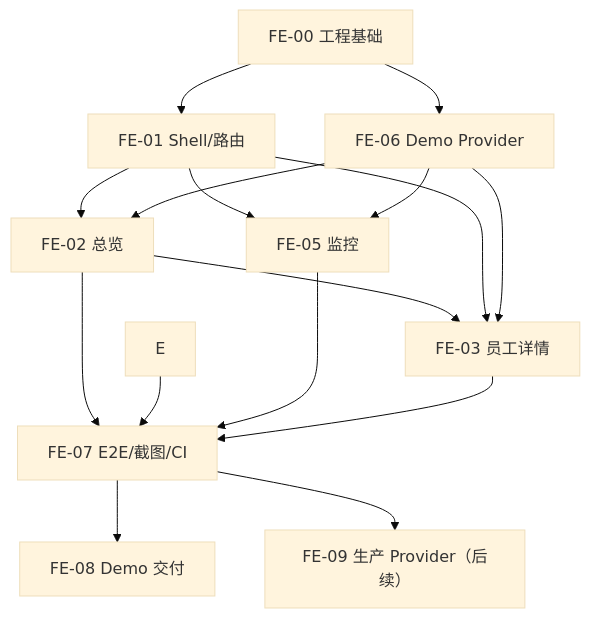
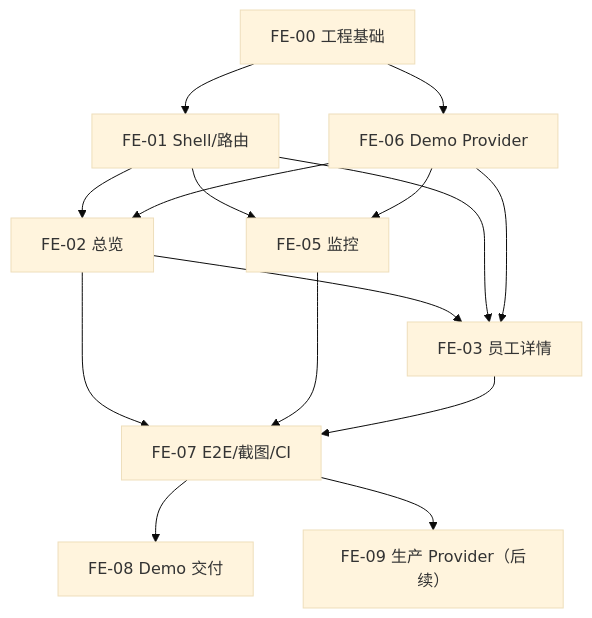
The diagram in docs/11-frontend-backlog.md (jackson-heylion/digital-workforce-dashboard), drawn with Mermaid (base theme) before and after one commit.

Commit message:
docs: finish A10 cancellation consistency and retire historical scenario proposal

````diff
--- a/docs/11-frontend-backlog.md
+++ b/docs/11-frontend-backlog.md
@@ -136,15 +136,15 @@
 ```mermaid
 flowchart TD
   A["FE-00 工程基础"] --> B["FE-01 Shell/路由"]
   A --> C["FE-06 Demo Provider"]
   B --> D["FE-02 总览"]
   C --> D
   B --> F["FE-05 监控"]
   C --> F
   D --> G["FE-03 员工详情"]
   B --> G
   C --> G
-  D & E & F & G --> H["FE-07 E2E/截图/CI"]
+  D & F & G --> H["FE-07 E2E/截图/CI"]
   H --> I["FE-08 Demo 交付"]
   H --> J["FE-09 生产 Provider（后续）"]
 ```
````
